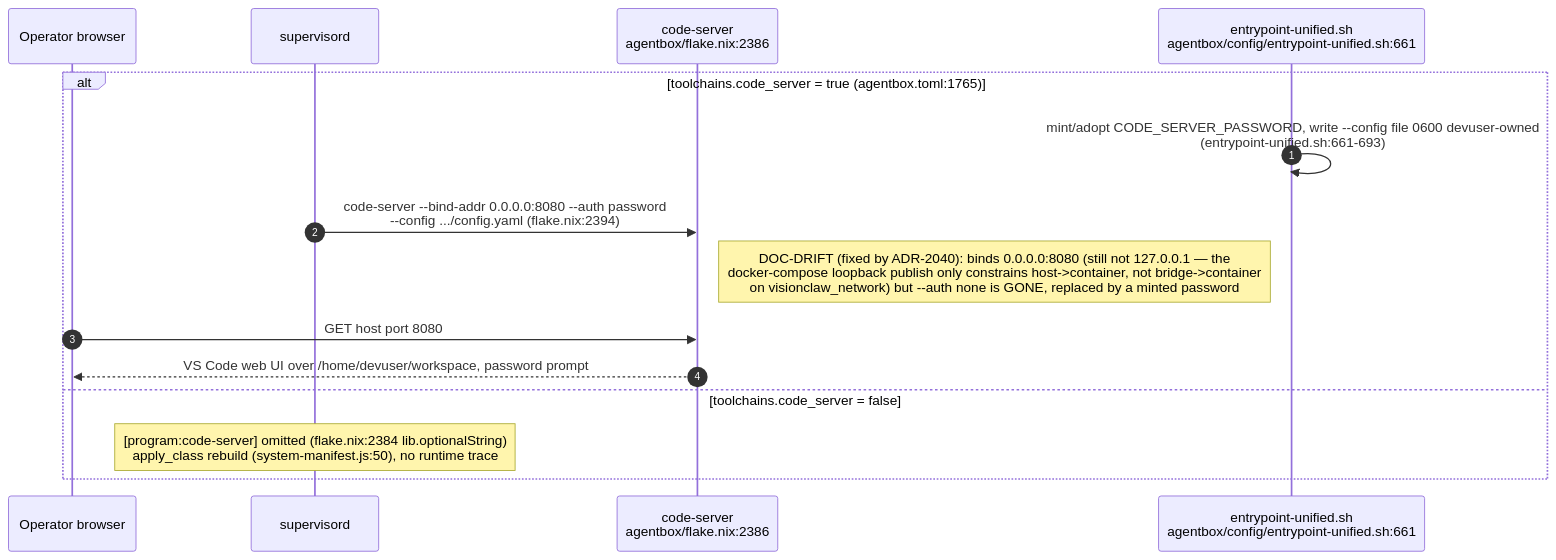
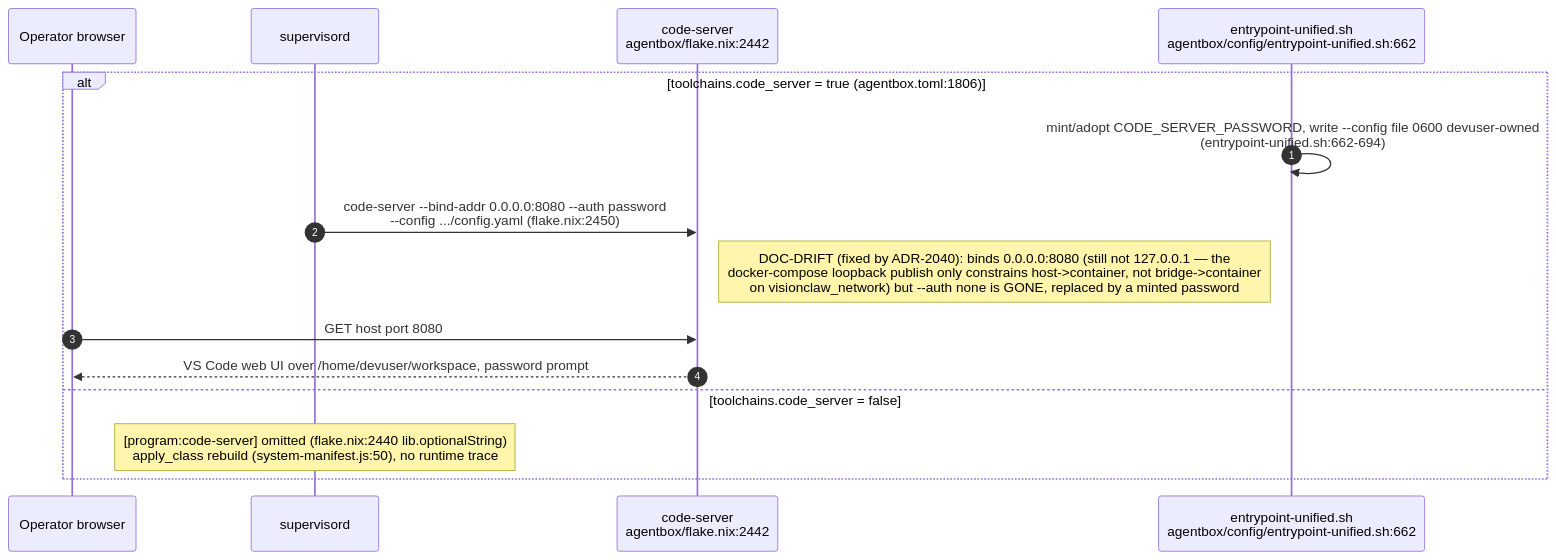
Before and after one commit to DreamLab-AI/VisionFlow: the sixth of 13 diagrams in docs/diagrams/agentbox/27-media-gpu-capability-services.md, drawn with Mermaid. The commit also changed other lines of this file and 94 other files, not shown here.

First line of the commit message:
docs(diagrams): re-verify 130 topics against 2 October HEADs

````diff
--- a/docs/diagrams/agentbox/27-media-gpu-capability-services.md
+++ b/docs/diagrams/agentbox/27-media-gpu-capability-services.md
@@ -206,18 +206,18 @@
 ```mermaid
 sequenceDiagram
     autonumber
     participant Op as Operator browser
     participant Sup as supervisord
-    participant CS as code-server<br/>agentbox/flake.nix:2386
-    participant Entry as entrypoint-unified.sh<br/>agentbox/config/entrypoint-unified.sh:661
+    participant CS as code-server<br/>agentbox/flake.nix:2442
+    participant Entry as entrypoint-unified.sh<br/>agentbox/config/entrypoint-unified.sh:662
 
-    alt toolchains.code_server = true (agentbox.toml:1765)
-        Entry->>Entry: mint/adopt CODE_SERVER_PASSWORD, write --config file 0600 devuser-owned<br/>(entrypoint-unified.sh:661-693)
-        Sup->>CS: code-server --bind-addr 0.0.0.0:8080 --auth password<br/>--config .../config.yaml (flake.nix:2394)
+    alt toolchains.code_server = true (agentbox.toml:1806)
+        Entry->>Entry: mint/adopt CODE_SERVER_PASSWORD, write --config file 0600 devuser-owned<br/>(entrypoint-unified.sh:662-694)
+        Sup->>CS: code-server --bind-addr 0.0.0.0:8080 --auth password<br/>--config .../config.yaml (flake.nix:2450)
         Note right of CS: DOC-DRIFT (fixed by ADR-2040): binds 0.0.0.0:8080 (still not 127.0.0.1 — the<br/>docker-compose loopback publish only constrains host->container, not bridge->container<br/>on visionclaw_network) but --auth none is GONE, replaced by a minted password
         Op->>CS: GET host port 8080
         CS-->>Op: VS Code web UI over /home/devuser/workspace, password prompt
     else toolchains.code_server = false
-        Note over Sup: [program:code-server] omitted (flake.nix:2384 lib.optionalString)<br/>apply_class rebuild (system-manifest.js:50), no runtime trace
+        Note over Sup: [program:code-server] omitted (flake.nix:2440 lib.optionalString)<br/>apply_class rebuild (system-manifest.js:50), no runtime trace
     end
 ```
````
